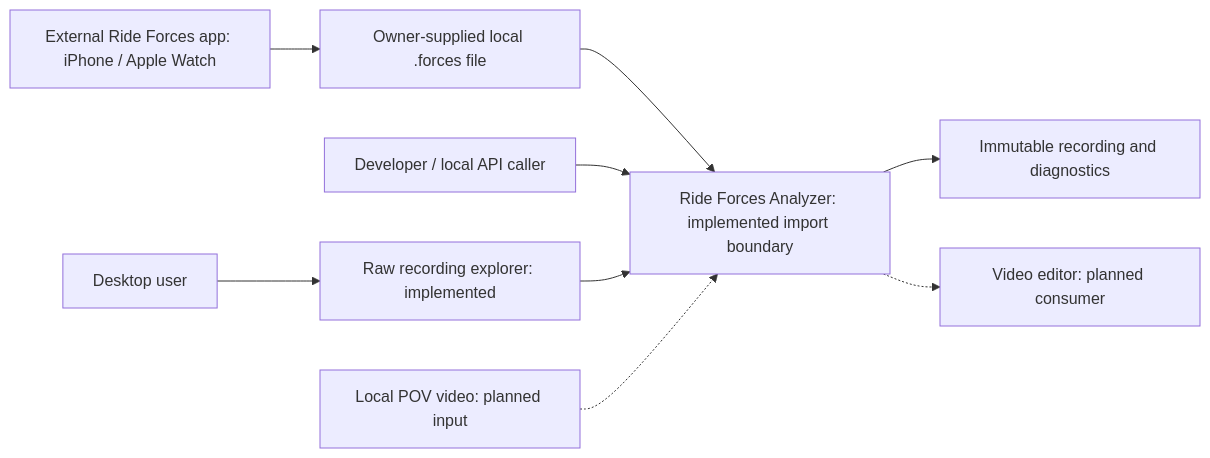
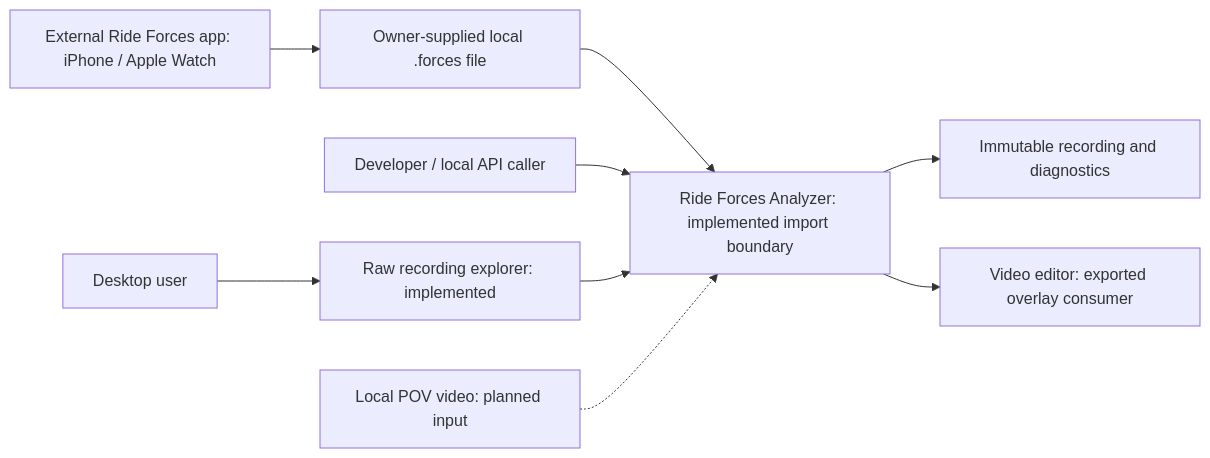
One commit to rudnerbjoern/ride-forces-analyzer changed the diagram in docs/architecture/03_context_and_scope.md. Above: the diagram before and after it, drawn with Mermaid. The commit also changed other lines of this file and 44 other files, not shown here.

````diff
--- a/docs/architecture/03_context_and_scope.md
+++ b/docs/architecture/03_context_and_scope.md
@@ -11,20 +11,20 @@
 ```mermaid
 flowchart LR
     Capture["External Ride Forces app: iPhone / Apple Watch"]
     Original["Owner-supplied local .forces file"]
     Caller["Developer / local API caller"]
     Analyzer["Ride Forces Analyzer: implemented import boundary"]
     Result["Immutable recording and diagnostics"]
     Desktop["Desktop user"]
     Window["Raw recording explorer: implemented"]
     Video["Local POV video: planned input"]
-    Editor["Video editor: planned consumer"]
+    Editor["Video editor: exported overlay consumer"]
     Capture --> Original
     Original --> Analyzer
     Caller --> Analyzer
     Analyzer --> Result
     Desktop --> Window
     Window --> Analyzer
     Video -.-> Analyzer
-    Analyzer -.-> Editor
+    Analyzer --> Editor
 ```
````
